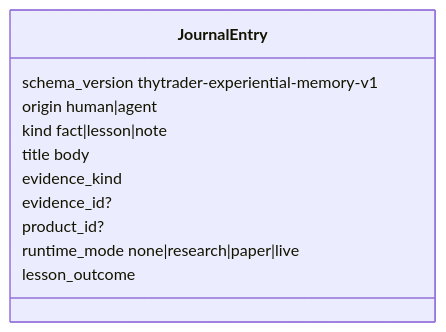
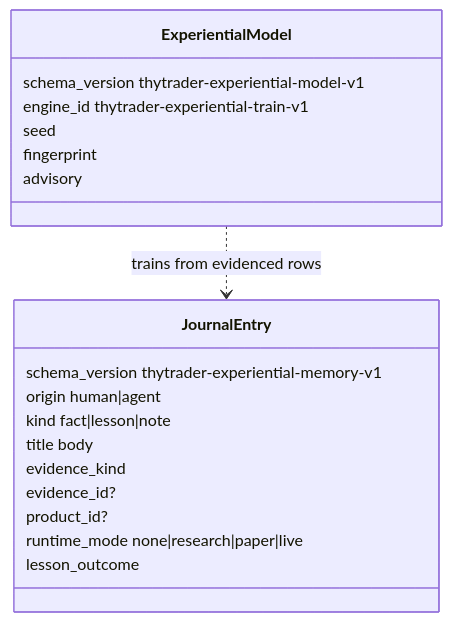
Before and after one commit to Zoltesh/thytrader: the fourth of 4 diagrams in docs/architecture/contracts/other-payloads.md, drawn with Mermaid. The commit also changed other lines of this file and 41 other files, not shown here.

````diff
--- a/docs/architecture/contracts/other-payloads.md
+++ b/docs/architecture/contracts/other-payloads.md
@@ -104,14 +105,22 @@
 ```mermaid
 classDiagram
   class JournalEntry {
     schema_version thytrader-experiential-memory-v1
     origin human|agent
     kind fact|lesson|note
     title body
     evidence_kind
     evidence_id?
     product_id?
     runtime_mode none|research|paper|live
     lesson_outcome
   }
+  class ExperientialModel {
+    schema_version thytrader-experiential-model-v1
+    engine_id thytrader-experiential-train-v1
+    seed
+    fingerprint
+    advisory
+  }
+  ExperientialModel ..> JournalEntry : trains from evidenced rows
 ```
````
